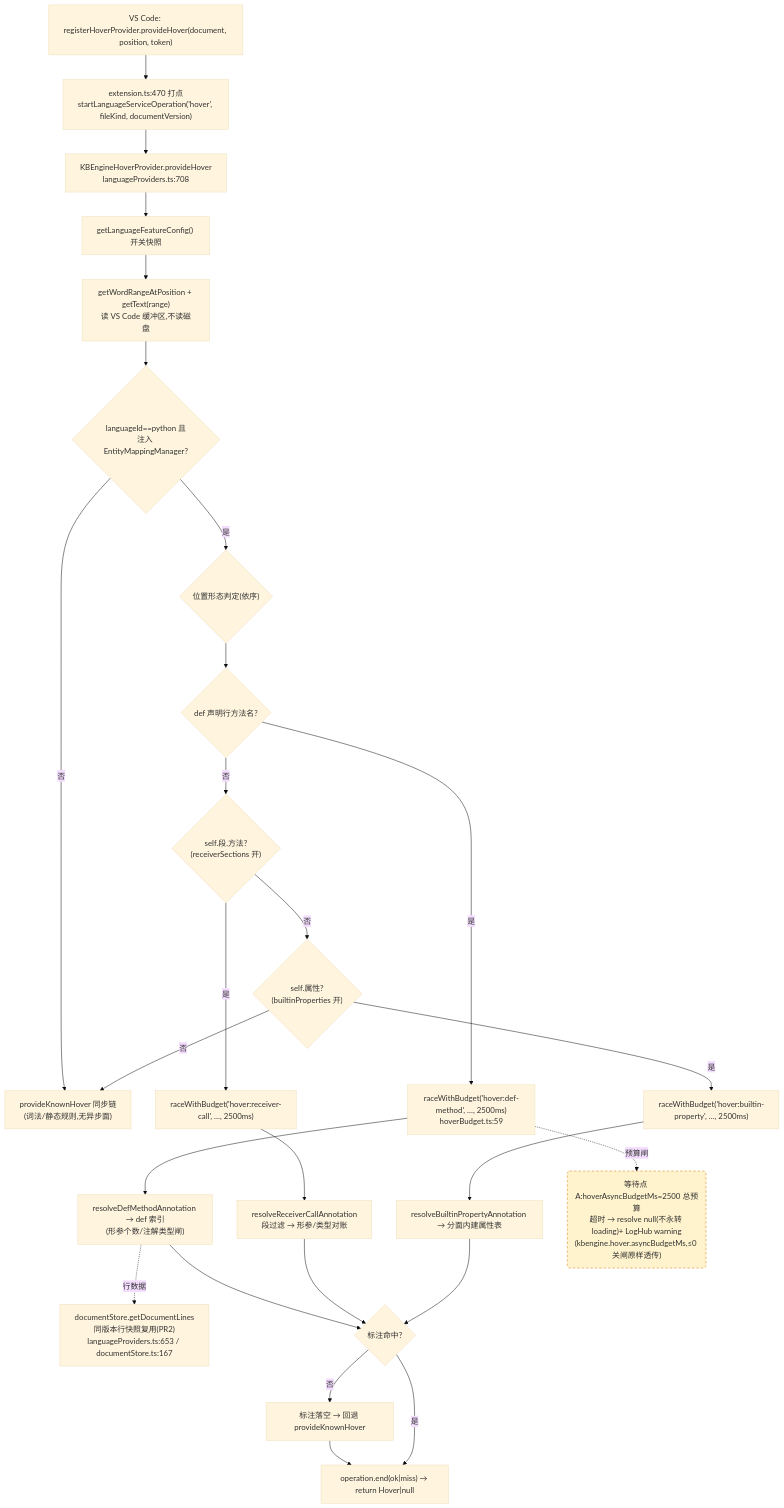
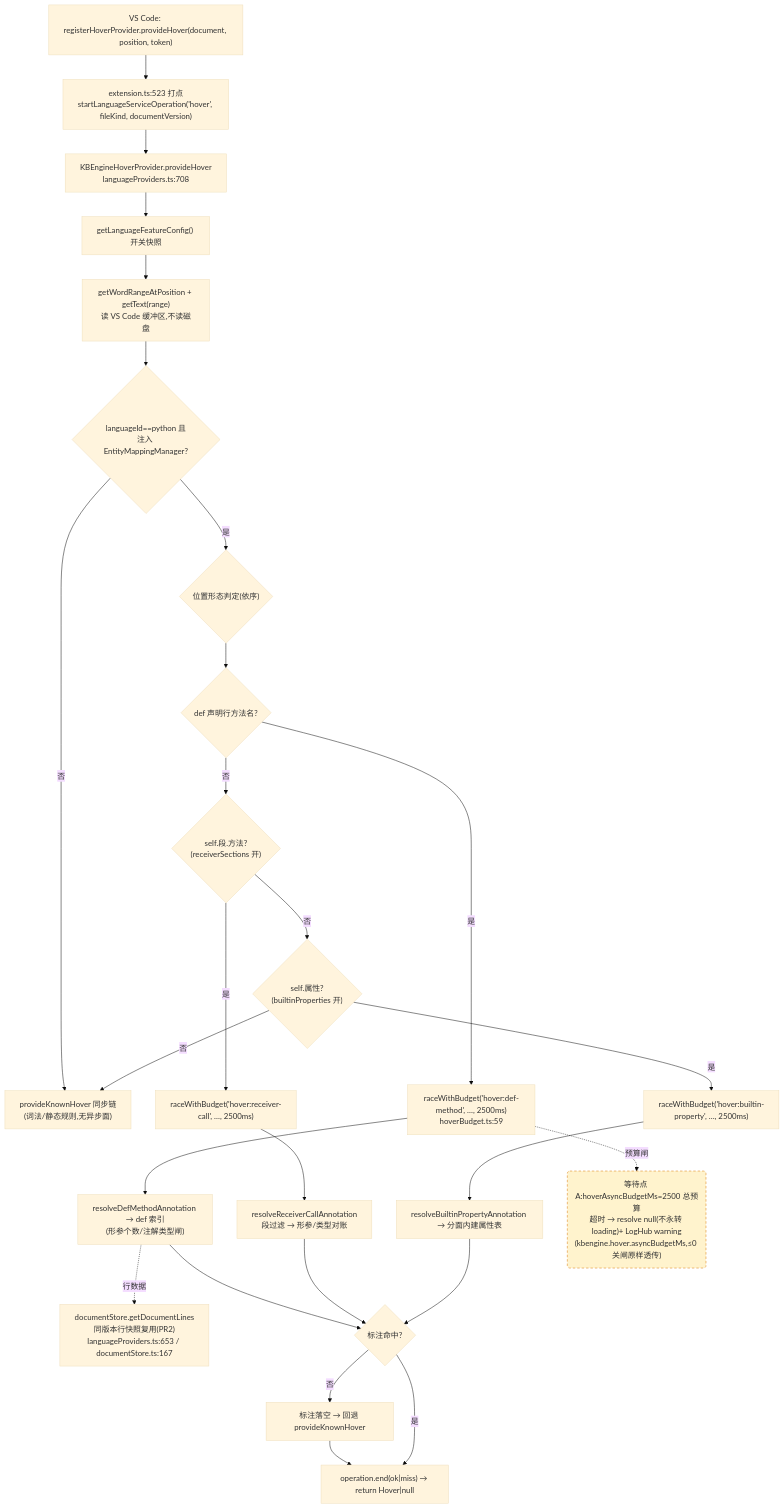
One commit to cuihairu/kode changed the first of 4 diagrams in docs/perf/2026-baseline.md. Above: the diagram before and after it, drawn with Mermaid (base theme). The commit also changed other lines of this file and 1 other file, not shown here.

````diff
--- a/docs/perf/2026-baseline.md
+++ b/docs/perf/2026-baseline.md
@@ -80,45 +80,45 @@
 ```mermaid
 flowchart TD
   VC1["VS Code: registerHoverProvider.provideHover(document, position, token)"]
-  M1["extension.ts:470 打点<br/>startLanguageServiceOperation('hover', fileKind, documentVersion)"]
+  M1["extension.ts:523 打点<br/>startLanguageServiceOperation('hover', fileKind, documentVersion)"]
   HP["KBEngineHoverProvider.provideHover<br/>languageProviders.ts:708"]
   CFG["getLanguageFeatureConfig() 开关快照"]
   WORD["getWordRangeAtPosition + getText(range)<br/>读 VS Code 缓冲区,不读磁盘"]
   BR{"languageId==python 且<br/>注入 EntityMappingManager?"}
   KN["provideKnownHover 同步链<br/>(词法/静态规则,无异步面)"]
   POS{"位置形态判定(依序)"}
   D1{"def 声明行方法名?"}
   D2{"self.段.方法?<br/>(receiverSections 开)"}
   D3{"self.属性?<br/>(builtinProperties 开)"}
   RA1["raceWithBudget('hover:def-method', …, 2500ms)<br/>hoverBudget.ts:59"]
   RA2["raceWithBudget('hover:receiver-call', …, 2500ms)"]
   RA3["raceWithBudget('hover:builtin-property', …, 2500ms)"]
   RS1["resolveDefMethodAnnotation → def 索引<br/>(形参个数/注解类型闸)"]
   RS2["resolveReceiverCallAnnotation<br/>段过滤 → 形参/类型对账"]
   RS3["resolveBuiltinPropertyAnnotation → 分面内建属性表"]
   LINES["documentStore.getDocumentLines<br/>同版本行快照复用(PR2)<br/>languageProviders.ts:653 / documentStore.ts:167"]
   MISS["标注落空 → 回退 provideKnownHover"]
   END1["operation.end(ok|miss) → return Hover|null"]
 
   VC1 --> M1 --> HP --> CFG --> WORD --> BR
   BR -- "否" --> KN
   BR -- "是" --> POS --> D1
   D1 -- "是" --> RA1 --> RS1
   D1 -- "否" --> D2
   D2 -- "是" --> RA2 --> RS2
   D2 -- "否" --> D3
   D3 -- "是" --> RA3 --> RS3
   D3 -- "否" --> KN
   RS1 --> HIT{"标注命中?"}
   RS2 --> HIT
   RS3 --> HIT
   RS1 -.->|行数据| LINES
   HIT -- "否" --> MISS --> END1
   HIT -- "是" --> END1
 
   WAITA("等待点 A:hoverAsyncBudgetMs=2500 总预算<br/>超时 → resolve null(不永转 loading)+ LogHub warning<br/>(kbengine.hover.asyncBudgetMs,≤0 关闸原样透传)")
   RA1 -.->|预算闸| WAITA
 
   classDef waitPoint fill:#fff3cd,stroke:#d97706,stroke-dasharray:5 4;
   class WAITA waitPoint;
 ```
````
